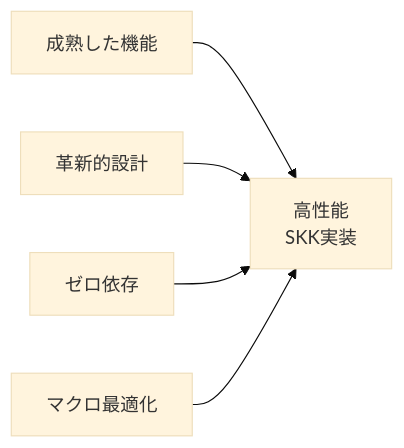
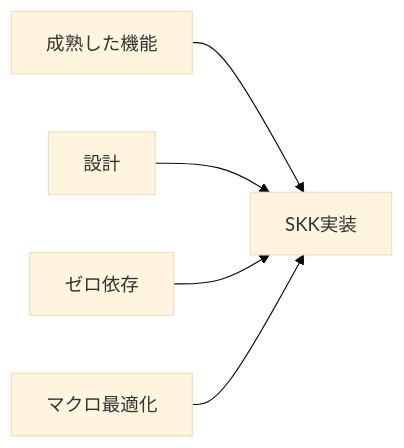
One commit to takeokunn/nskk.el changed the first of 2 diagrams in docs/explanation/design-philosophy.md. Above: the diagram before and after it, drawn with Mermaid (base theme). The commit also changed other lines of this file and 8 other files, not shown here.

````diff
--- a/docs/explanation/design-philosophy.md
+++ b/docs/explanation/design-philosophy.md
@@ -22,7 +22,7 @@
 ```mermaid
 graph LR
-    DDSKK[成熟した機能] --> NSKK[高性能<br/>SKK実装]
-    SKEL[革新的設計] --> NSKK
+    DDSKK[成熟した機能] --> NSKK[SKK実装]
+    SKEL[設計] --> NSKK
     ZERO[ゼロ依存] --> NSKK
     MACRO[マクロ最適化] --> NSKK
 ```
````
